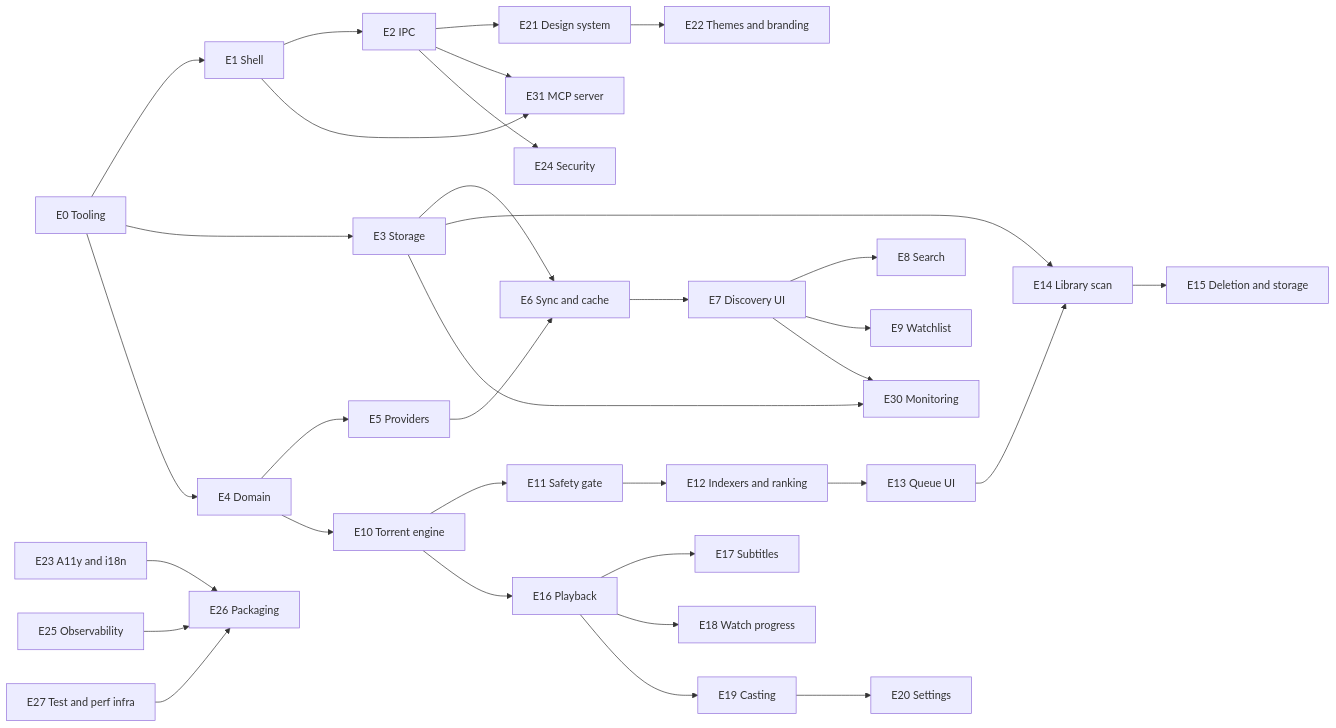
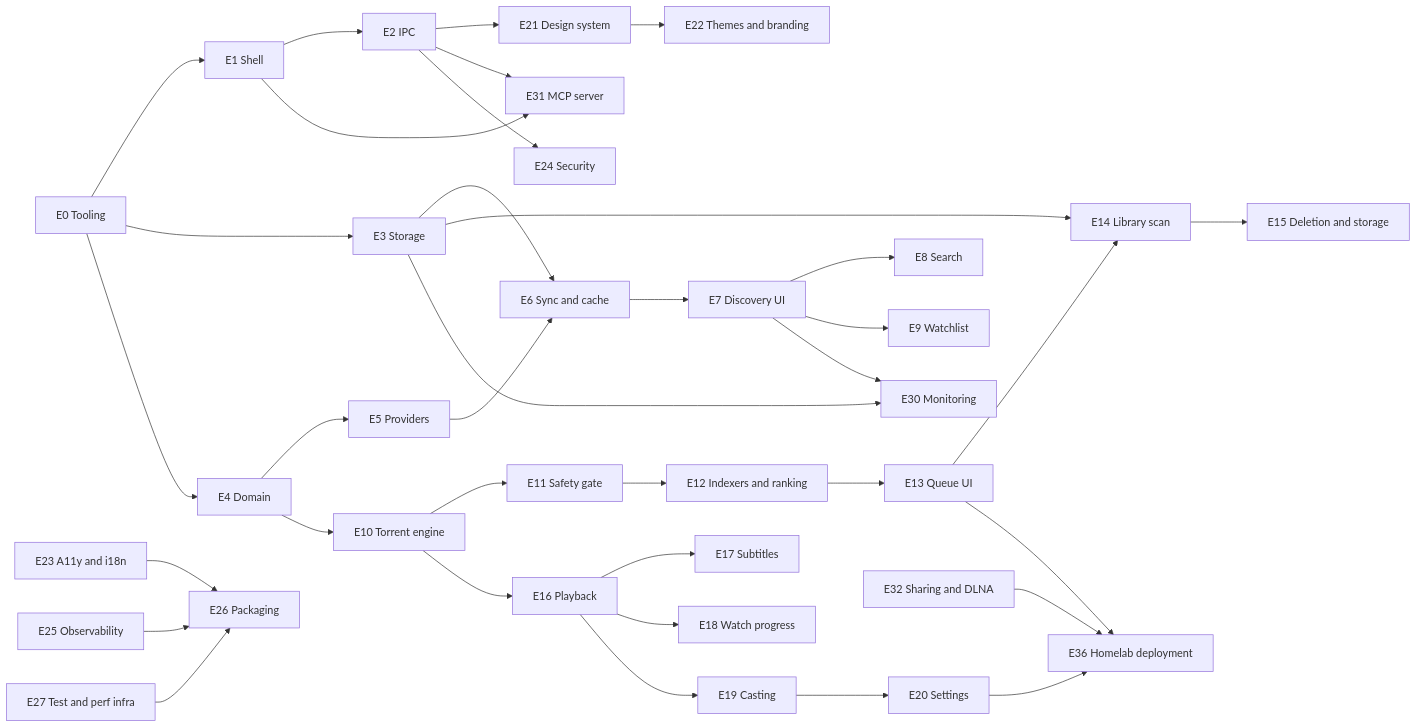
One commit to DavidNgugi/peregrine changed the first of 2 diagrams in docs/TASKS.md. Above: the diagram before and after it, drawn with Mermaid. The commit also changed other lines of this file and 4 other files, not shown here.

First line of the commit message:
feat: add homelab deployment roadmap and ADR

````diff
--- a/docs/TASKS.md
+++ b/docs/TASKS.md
@@ -20,35 +20,38 @@
 ```mermaid
 graph LR
     E0[E0 Tooling] --> E1[E1 Shell]
     E0 --> E3[E3 Storage]
     E0 --> E4[E4 Domain]
     E1 --> E2[E2 IPC]
     E2 --> E21[E21 Design system]
     E3 --> E6[E6 Sync and cache]
     E4 --> E5[E5 Providers]
     E5 --> E6
     E6 --> E7[E7 Discovery UI]
     E7 --> E8[E8 Search]
     E7 --> E9[E9 Watchlist]
     E4 --> E10[E10 Torrent engine]
     E10 --> E11[E11 Safety gate]
     E11 --> E12[E12 Indexers and ranking]
     E12 --> E13[E13 Queue UI]
     E3 --> E14[E14 Library scan]
     E13 --> E14
     E14 --> E15[E15 Deletion and storage]
     E10 --> E16[E16 Playback]
     E16 --> E17[E17 Subtitles]
     E16 --> E18[E18 Watch progress]
     E16 --> E19[E19 Casting]
     E21 --> E22[E22 Themes and branding]
     E19 --> E20[E20 Settings]
     E7 --> E30[E30 Monitoring]
     E3 --> E30
     E2 --> E31[E31 MCP server]
     E1 --> E31
     E2 --> E24[E24 Security]
     E23[E23 A11y and i18n] --> E26[E26 Packaging]
     E25[E25 Observability] --> E26
     E27[E27 Test and perf infra] --> E26
+    E13 --> E36[E36 Homelab deployment]
+    E20 --> E36
+    E32[E32 Sharing and DLNA] --> E36
 ```
````
